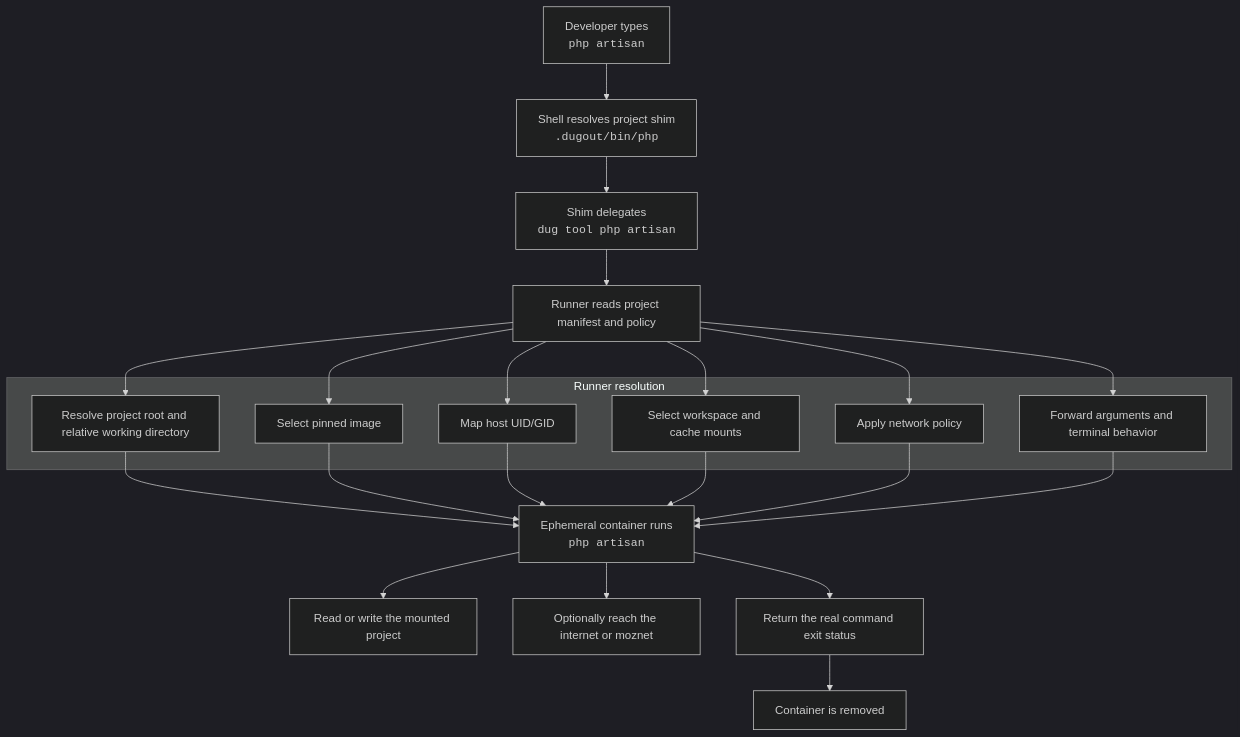
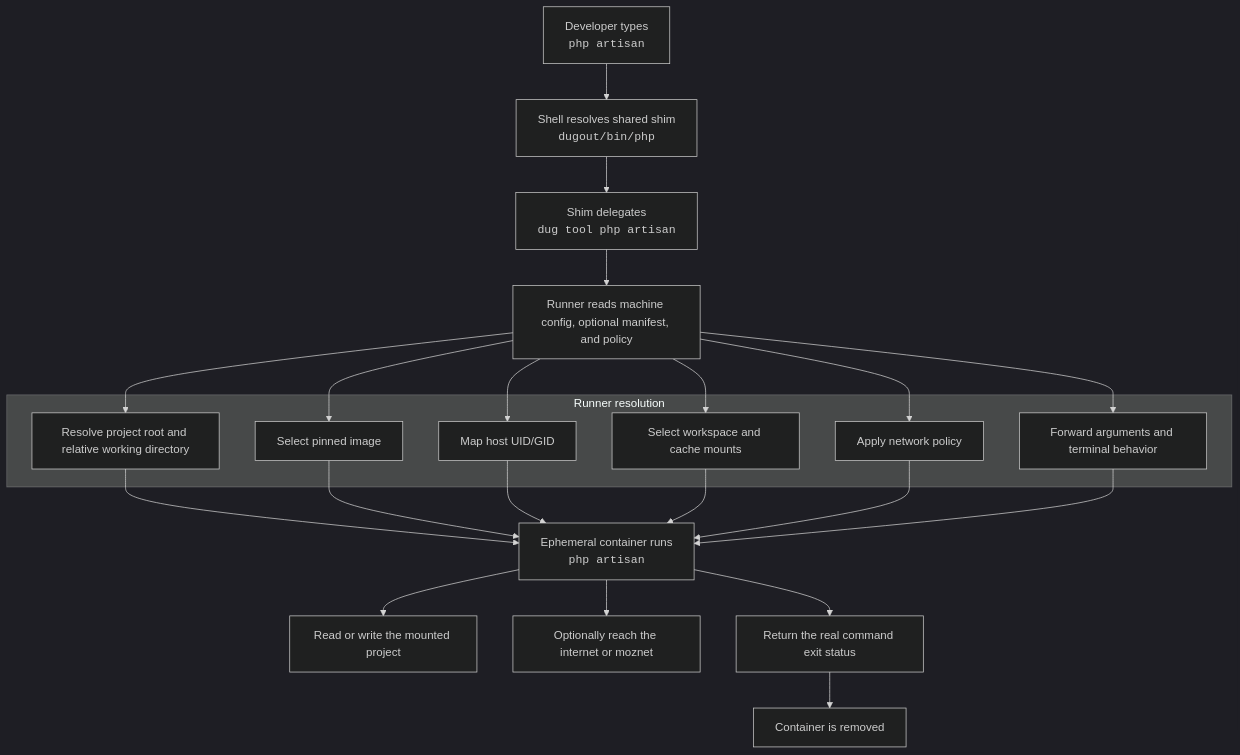
Before and after one commit to moztopia/dugout: the second of 3 diagrams in docs/01-platform-architecture.md, drawn with Mermaid (dark theme). The commit also changed other lines of this file and 26 other files, not shown here.

First line of the commit message:
feat(tool-plane): implement dugout shared runner, shims, and tool images

````diff
--- a/docs/01-platform-architecture.md
+++ b/docs/01-platform-architecture.md
@@ -103,34 +102,34 @@
 ```mermaid
 flowchart TB
     command["Developer types<br/><code>php artisan</code>"]
-    shim["Shell resolves project shim<br/><code>.dugout/bin/php</code>"]
+    shim["Shell resolves shared shim<br/><code>dugout/bin/php</code>"]
     delegate["Shim delegates<br/><code>dug tool php artisan</code>"]
-    runner["Runner reads project manifest and policy"]
+    runner["Runner reads machine config, optional manifest, and policy"]
 
     subgraph resolution["Runner resolution"]
         root["Resolve project root and relative working directory"]
         image["Select pinned image"]
         identity["Map host UID/GID"]
         mounts["Select workspace and cache mounts"]
         network["Apply network policy"]
         terminal["Forward arguments and terminal behavior"]
     end
 
     container["Ephemeral container runs<br/><code>php artisan</code>"]
     workspace["Read or write the mounted project"]
     connectivity["Optionally reach the internet or moznet"]
     result["Return the real command exit status"]
     removed["Container is removed"]
 
     command --> shim --> delegate --> runner
     runner --> root
     runner --> image
     runner --> identity
     runner --> mounts
     runner --> network
     runner --> terminal
     root & image & identity & mounts & network & terminal --> container
     container --> workspace
     container --> connectivity
     container --> result --> removed
 ```
````
